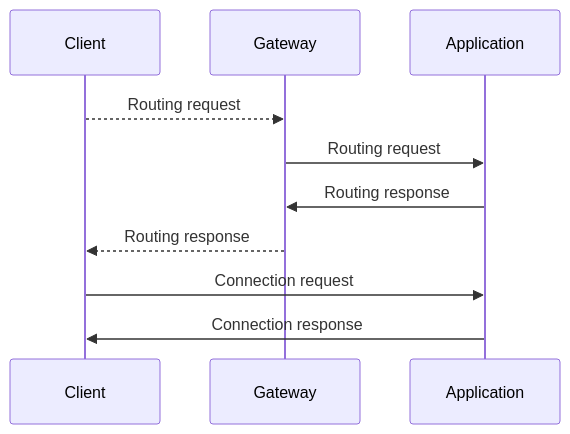
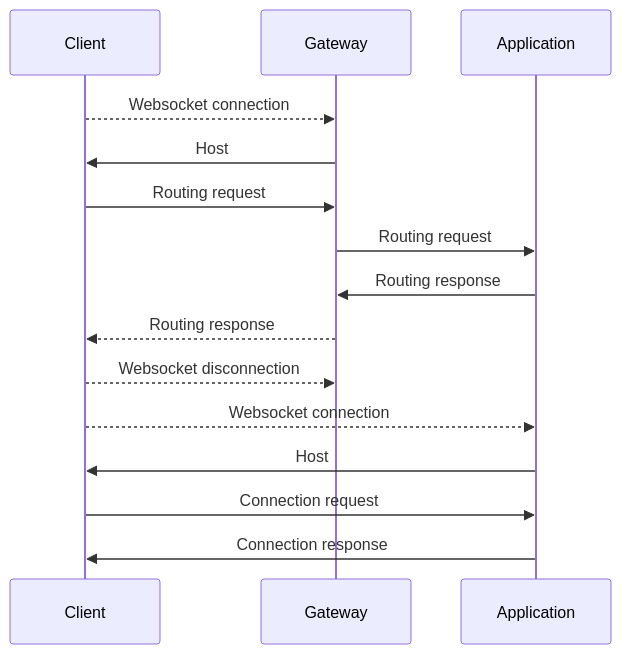
The second of 9 diagrams in documentation/Protocol.md (ErFer7/WebChat), drawn with Mermaid before and after one commit. The commit also changed other lines of this file and 16 other files, not shown here.

````diff
--- a/documentation/Protocol.md
+++ b/documentation/Protocol.md
@@ -85,9 +115,14 @@
 ```mermaid
 sequenceDiagram
-  Client -->> Gateway: Routing request
-  Gateway ->> Application: Routing request
-  Application ->> Gateway: Routing response
-  Gateway -->> Client: Routing response
-  Client ->> Application: Connection request
-  Application ->> Client: Connection response
+    Client -->> Gateway: Websocket connection
+    Gateway ->> Client: Host
+    Client ->> Gateway: Routing request
+    Gateway ->> Application: Routing request
+    Application ->> Gateway: Routing response
+    Gateway -->> Client: Routing response
+    Client -->> Gateway: Websocket disconnection
+    Client -->> Application: Websocket connection
+    Application ->> Client: Host
+    Client ->> Application: Connection request
+    Application ->> Client: Connection response
 ```
````
